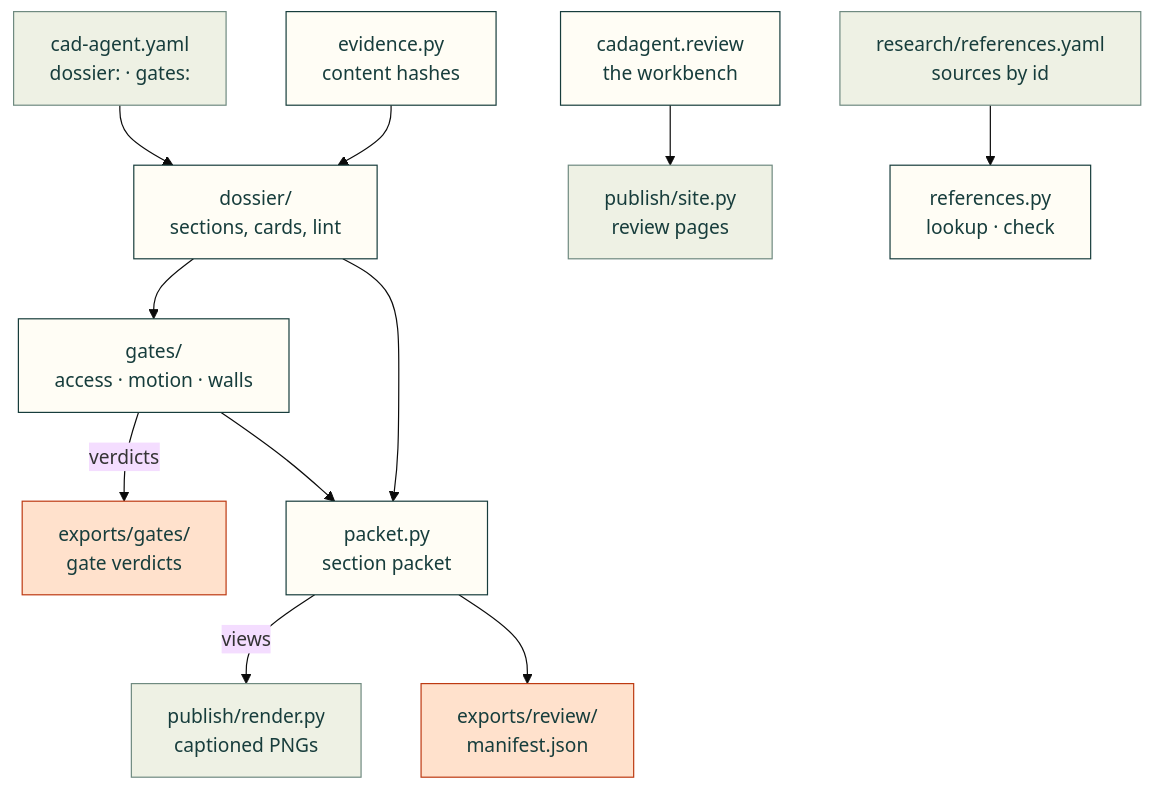
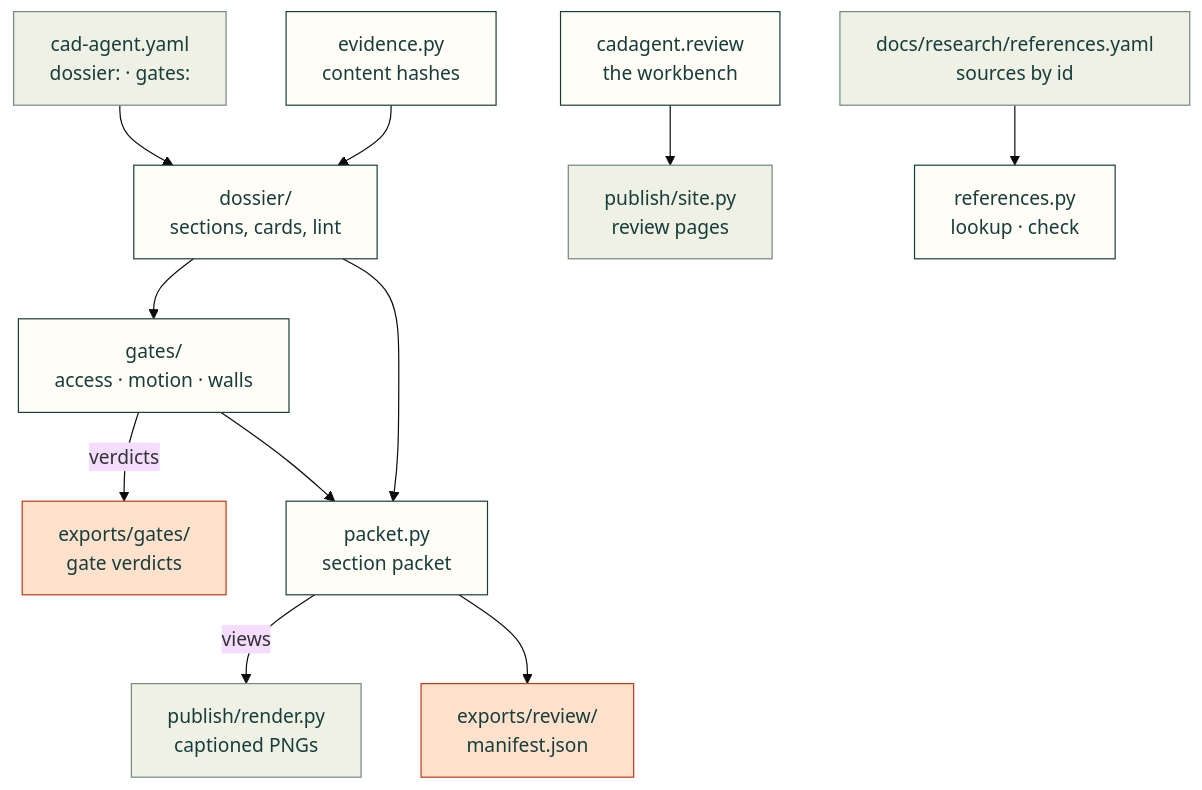
One commit to Valpatel/cad-agent changed the diagram in src/cadagent/review/README.md. Above: the diagram before and after it, drawn with Mermaid (base theme). The commit also changed other lines of this file and 332 other files, not shown here.

````diff
--- a/src/cadagent/review/README.md
+++ b/src/cadagent/review/README.md
@@ -12,18 +12,18 @@
 ```mermaid
 flowchart TD
     Y["cad-agent.yaml<br/>dossier: · gates:"] --> DS["dossier/<br/>sections, cards, lint"]
     EV["evidence.py<br/>content hashes"] --> DS
     W["cadagent.review<br/>the workbench"] --> ST["publish/site.py<br/>review pages"]
     DS --> G["gates/<br/>access · motion · walls"]
     G -->|"verdicts"| GJ["exports/gates/<br/>gate verdicts"]
     DS & G --> PK["packet.py<br/>section packet"]
-    RY["research/references.yaml<br/>sources by id"] --> RF["references.py<br/>lookup · check"]
+    RY["docs/research/references.yaml<br/>sources by id"] --> RF["references.py<br/>lookup · check"]
     PK -->|"views"| RN["publish/render.py<br/>captioned PNGs"]
     PK --> PO["exports/review/<br/>manifest.json"]
     classDef here fill:#fffdf5,stroke:#173d3c,color:#173d3c
     classDef near fill:#eef1e4,stroke:#6f8a80,color:#173d3c
     classDef out fill:#ffe1cc,stroke:#bd3a12,color:#173d3c
     class DS,EV,W,G,PK,RF here
     class Y,ST,RN,RY near
     class GJ,PO out
 ```
````
